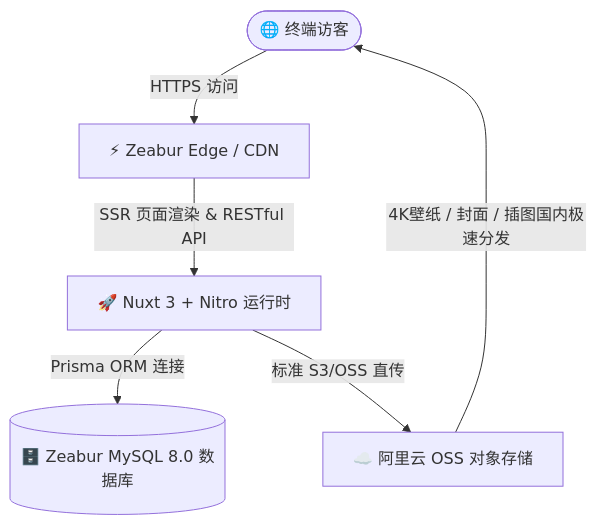
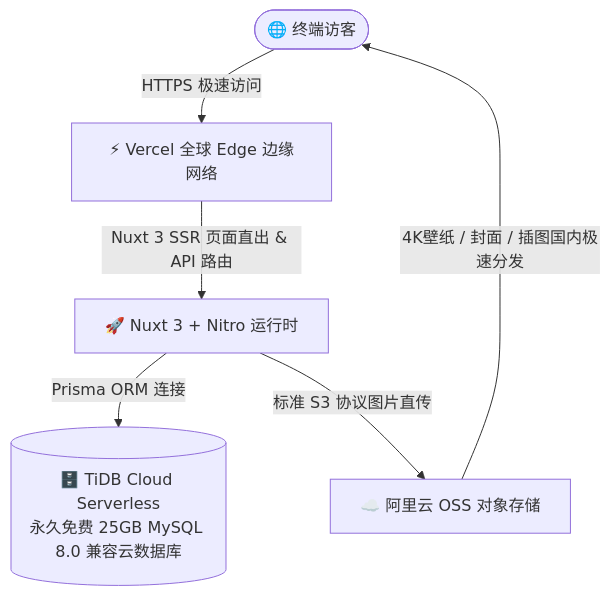
The diagram in DEPLOYMENT.md (lka-top/mystic-garden), drawn with Mermaid before and after one commit. The commit also changed other lines of this file, not shown here.

Commit message:
docs(deploy): update deployment guide to Vercel + TiDB Cloud Serverless + Alibaba Cloud OSS

````diff
--- a/DEPLOYMENT.md
+++ b/DEPLOYMENT.md
@@ -9,8 +9,8 @@
 ```mermaid
 graph TD
-    User([🌐 终端访客]) -->|HTTPS 访问| ZB_Edge[⚡ Zeabur Edge / CDN]
-    ZB_Edge -->|SSR 页面渲染 & RESTful API| NuxtApp[🚀 Nuxt 3 + Nitro 运行时]
-    NuxtApp -->|Prisma ORM 连接| MySQL[(🗄️ Zeabur MySQL 8.0 数据库)]
-    NuxtApp -->|标准 S3/OSS 直传| AliyunOSS[☁️ 阿里云 OSS 对象存储]
+    User([🌐 终端访客]) -->|HTTPS 极速访问| VercelEdge[⚡ Vercel 全球 Edge 边缘网络]
+    VercelEdge -->|Nuxt 3 SSR 页面直出 & API 路由| NuxtApp[🚀 Nuxt 3 + Nitro 运行时]
+    NuxtApp -->|Prisma ORM 连接| TiDB[(🗄️ TiDB Cloud Serverless<br>永久免费 25GB MySQL 8.0 兼容云数据库)]
+    NuxtApp -->|标准 S3 协议图片直传| AliyunOSS[☁️ 阿里云 OSS 对象存储]
     AliyunOSS -->|4K壁纸 / 封面 / 插图国内极速分发| User
 ```
````
